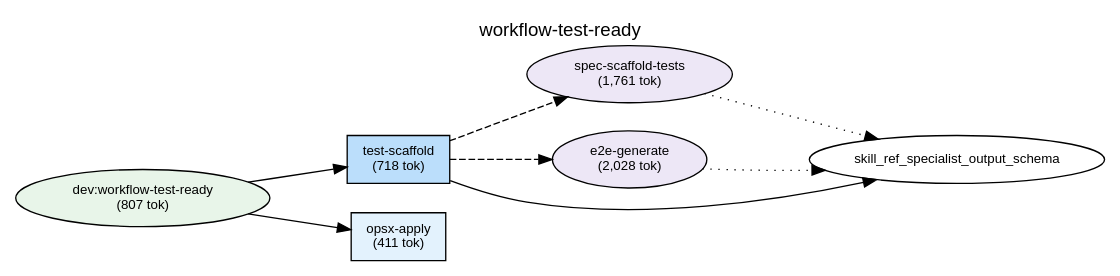
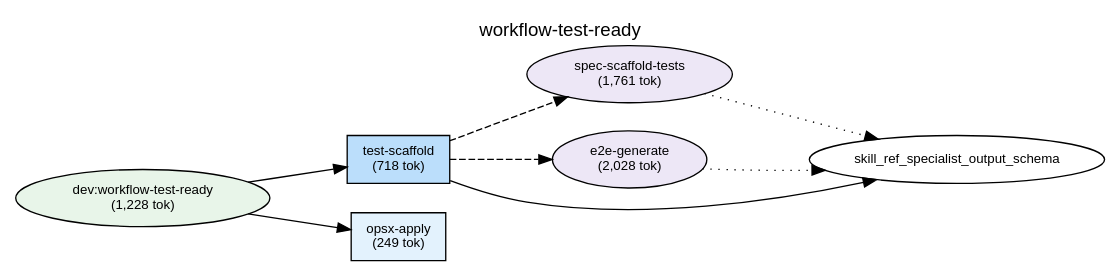
One commit to shuu5/twill changed the diagram in plugins/dev/docs/deps-workflow-test-ready.dot. Above: the diagram before and after it, drawn with Graphviz. The commit also changed 11 other files, not shown here.

```diff
--- a/plugins/dev/docs/deps-workflow-test-ready.dot
+++ b/plugins/dev/docs/deps-workflow-test-ready.dot
@@ -1,55 +1,55 @@
 digraph Dependencies {
     // Graph settings
     rankdir=LR;
     ranksep=0.8;
     nodesep=0.3;
     fontname="Helvetica";
     node [fontname="Helvetica", fontsize=10];
     edge [fontname="Helvetica", fontsize=9];
     label="workflow-test-ready";
     labelloc=t;
     fontsize=14;
 
     // L0: Controller Skills
 
     // L0: Launchers
 
     // L0.5: Workflow Skills
-    skill_workflow_test_ready [label="dev:workflow-test-ready\n(807 tok)", shape=ellipse, style=filled, fillcolor="#e8f5e9"];
+    skill_workflow_test_ready [label="dev:workflow-test-ready\n(1,228 tok)", shape=ellipse, style=filled, fillcolor="#e8f5e9"];
 
     // Reference Skills
 
     // L1: Direct Commands
-    cmd_opsx_apply [label="opsx-apply\n(411 tok)", shape=box, style=filled, fillcolor="#e3f2fd"];
+    cmd_opsx_apply [label="opsx-apply\n(249 tok)", shape=box, style=filled, fillcolor="#e3f2fd"];
     cmd_test_scaffold [label="test-scaffold\n(718 tok)", shape=box, style=filled, fillcolor="#bbdefb"];
 
     // L2: Sub Commands
 
     // L3: Agents
     agent_spec_scaffold_tests [label="spec-scaffold-tests\n(1,761 tok)", shape=ellipse, style=filled, fillcolor="#ede7f6"];
     agent_e2e_generate [label="e2e-generate\n(2,028 tok)", shape=ellipse, style=filled, fillcolor="#ede7f6"];
 
     // L3.5: Scripts
 
     // L4: External
 
     // Layer constraints
     { rank=same; skill_workflow_test_ready; }
     { rank=same; cmd_opsx_apply; cmd_test_scaffold; }
     { rank=same; agent_spec_scaffold_tests; agent_e2e_generate; }
 
     // Edges
     skill_workflow_test_ready -> cmd_test_scaffold;
     skill_workflow_test_ready -> cmd_opsx_apply;
     cmd_test_scaffold -> agent_spec_scaffold_tests [style=dashed];
     cmd_test_scaffold -> agent_e2e_generate [style=dashed];
     cmd_test_scaffold -> skill_ref_specialist_output_schema;
     agent_spec_scaffold_tests -> skill_ref_specialist_output_schema [style=dotted];
     agent_e2e_generate -> skill_ref_specialist_output_schema [style=dotted];
 
     // Ordering constraints (invisible edges)
     cmd_test_scaffold -> cmd_opsx_apply [style=invis, weight=10];
     agent_spec_scaffold_tests -> agent_e2e_generate [style=invis, weight=10];
     agent_e2e_generate -> skill_ref_specialist_output_schema [style=invis, weight=10];
 
 }
```
